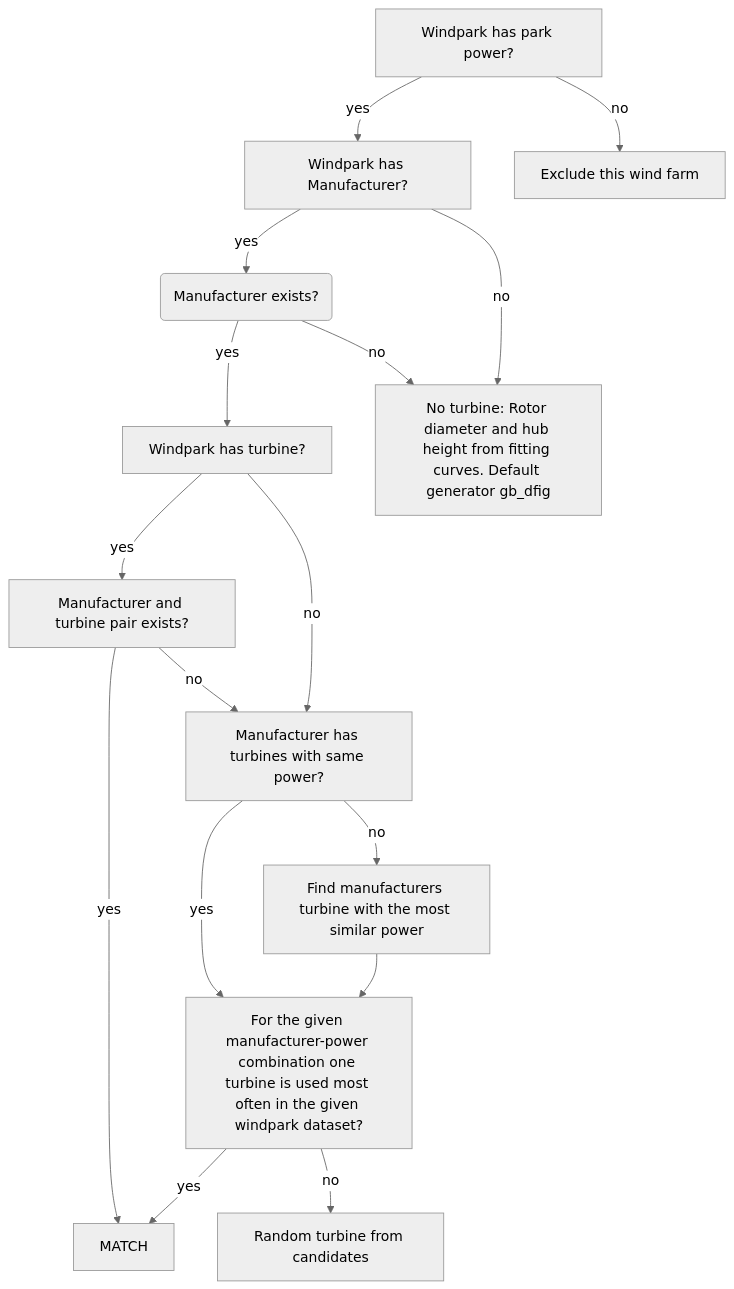
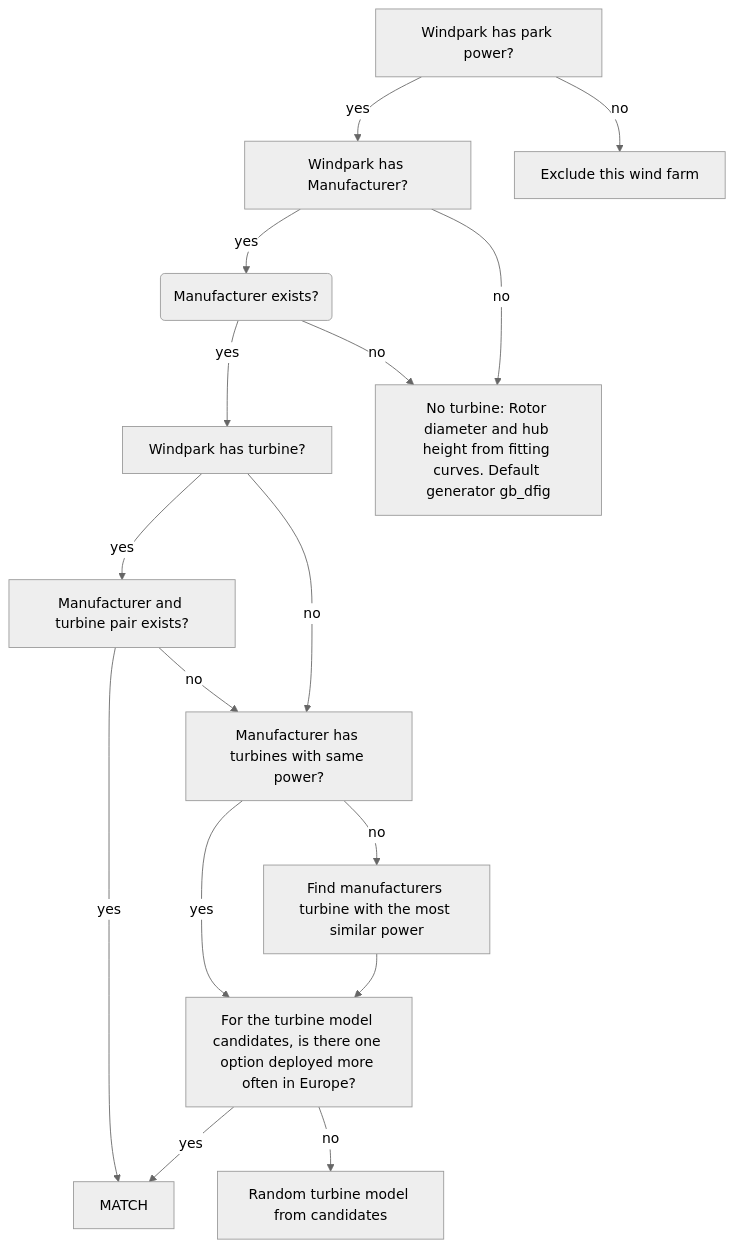
One commit to LIVENlab/JW4A_D1_1 changed the diagram in turbine_matching.md. Above: the diagram before and after it, drawn with Mermaid (neutral theme).

````diff
--- a/turbine_matching.md
+++ b/turbine_matching.md
@@ -3,22 +3,22 @@
 ```mermaid
 graph TD
     HasParPower[Windpark has park power?]
     HasParPower -- yes --> HasMan
     HasParPower -- no --> EXCLUDE[Exclude this wind farm]
     HasMan[Windpark has Manufacturer?]
     HasMan -- yes --> ManExists
     HasMan -- " no " --> MAN_FIT_CURVE[No turbine: Rotor diameter and hub height from fitting curves. Default generator gb_dfig]
     ManExists(Manufacturer exists?)
     ManExists -- yes --> WPHasTurbine?
     ManExists -- " no " --> MAN_FIT_CURVE
     WPHasTurbine?[Windpark has turbine?]
     WPHasTurbine? -- yes --> ManTurbinePairExists?[Manufacturer and turbine pair exists?]
     WPHasTurbine? -- no --> PowerMatch?[Manufacturer has turbines with same power?]
     PowerMatch? -- " yes " --> OneMostCommon?
     PowerMatch? -- no --> CLOSEST[Find manufacturers turbine with the most similar power]
-    CLOSEST --> OneMostCommon?[For the given manufacturer-power combination one turbine is used most often in the given windpark dataset?]
+    CLOSEST --> OneMostCommon?[For the turbine model candidates, is there one option deployed more often in Europe?]
     OneMostCommon? -- " yes " --> MATCH
-    OneMostCommon? -- no --> RND[Random turbine from candidates]
+    OneMostCommon? -- no --> RND[Random turbine model from candidates]
     ManTurbinePairExists? -- " yes " --> MATCH
     ManTurbinePairExists? -- no --> PowerMatch?
 ```
````
